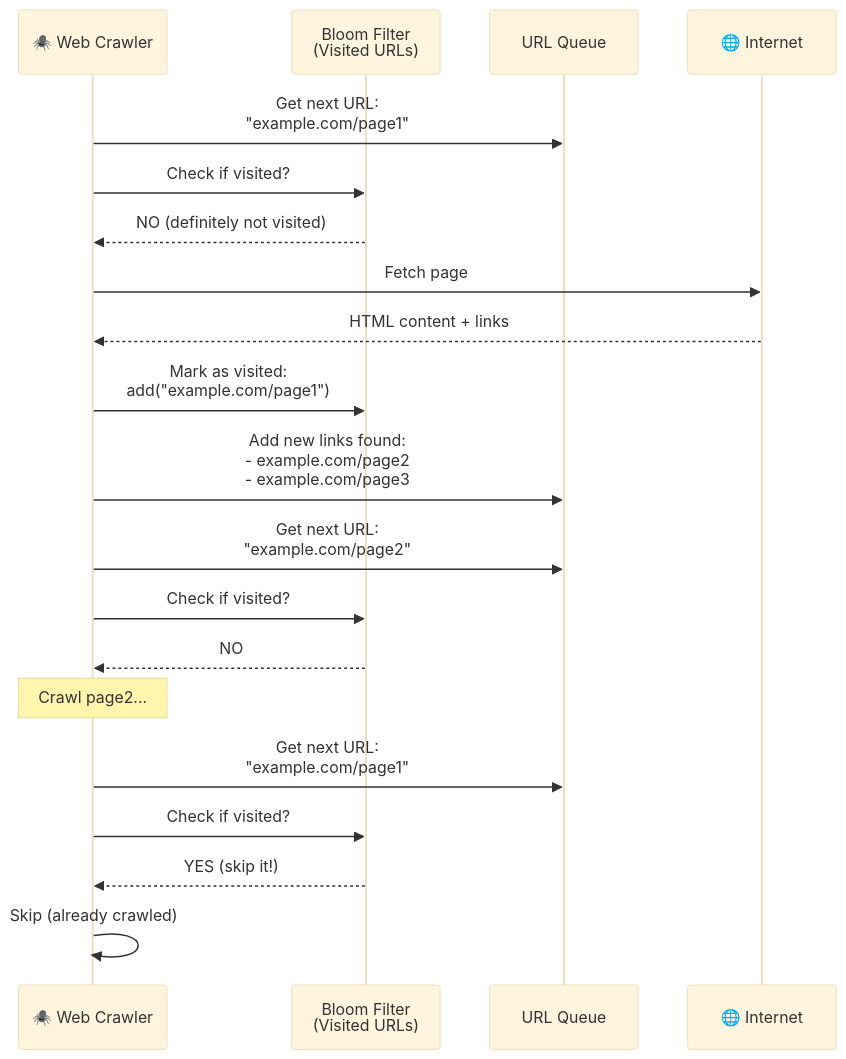
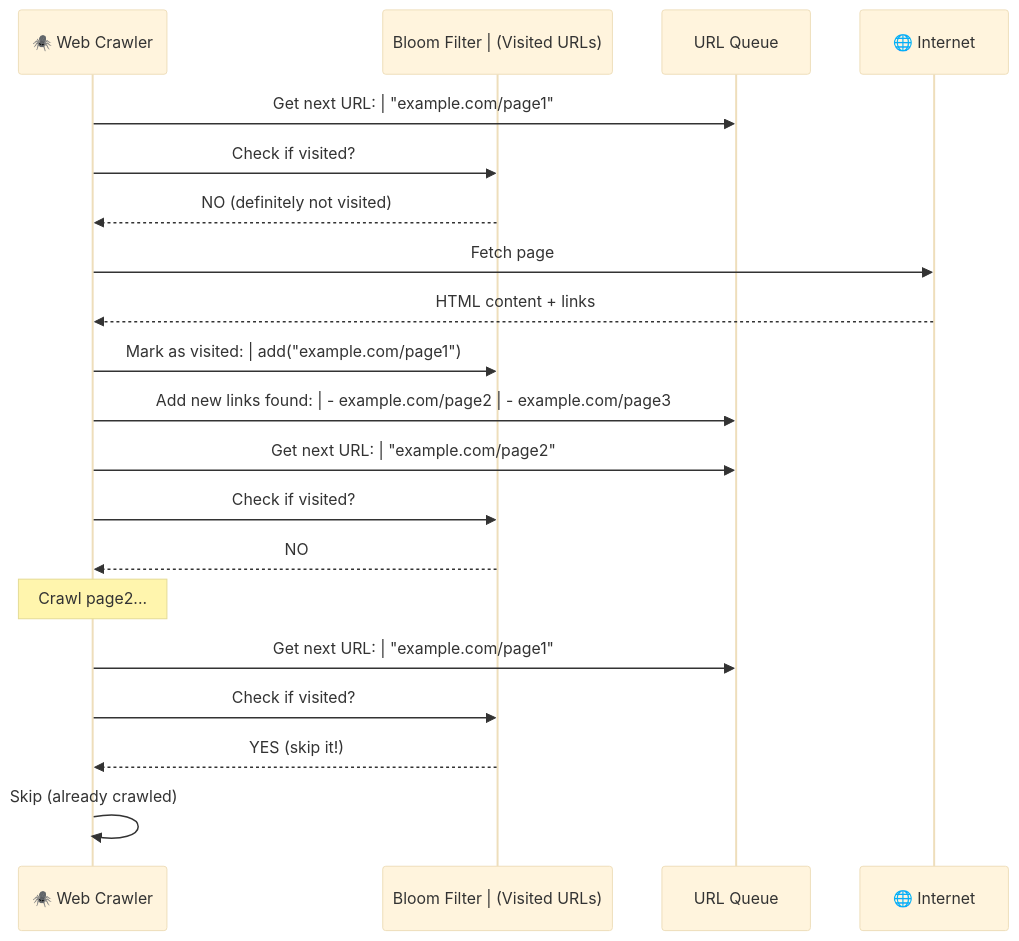
Before and after one commit to p1kmr/for-reading: the ninth of 14 diagrams in HLD/foundation/13_bloom-filters.md, drawn with Mermaid (base theme). The commit also changed other lines of this file and 14 other files, not shown here.

Commit message:
Fix Mermaid diagram syntax: Replace <br/> with <br> for GitHub compatibility

````diff
--- a/HLD/foundation/13_bloom-filters.md
+++ b/HLD/foundation/13_bloom-filters.md
@@ -332,33 +332,33 @@
 ```mermaid
 sequenceDiagram
     participant Crawler as 🕷️ Web Crawler
-    participant BF as Bloom Filter<br/>(Visited URLs)
+    participant BF as Bloom Filter | (Visited URLs)
     participant Queue as URL Queue
     participant Internet as 🌐 Internet
 
-    Crawler->>Queue: Get next URL:<br/>"example.com/page1"
+    Crawler->>Queue: Get next URL: | "example.com/page1"
 
     Crawler->>BF: Check if visited?
     BF-->>Crawler: NO (definitely not visited)
 
     Crawler->>Internet: Fetch page
     Internet-->>Crawler: HTML content + links
 
-    Crawler->>BF: Mark as visited:<br/>add("example.com/page1")
+    Crawler->>BF: Mark as visited: | add("example.com/page1")
 
-    Crawler->>Queue: Add new links found:<br/>- example.com/page2<br/>- example.com/page3
+    Crawler->>Queue: Add new links found: | - example.com/page2 | - example.com/page3
 
-    Crawler->>Queue: Get next URL:<br/>"example.com/page2"
+    Crawler->>Queue: Get next URL: | "example.com/page2"
 
     Crawler->>BF: Check if visited?
     BF-->>Crawler: NO
 
     Note over Crawler: Crawl page2...
 
-    Crawler->>Queue: Get next URL:<br/>"example.com/page1"
+    Crawler->>Queue: Get next URL: | "example.com/page1"
 
     Crawler->>BF: Check if visited?
     BF-->>Crawler: YES (skip it!)
 
     Crawler->>Crawler: Skip (already crawled)
 ```
````
